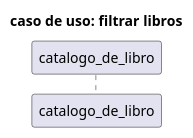
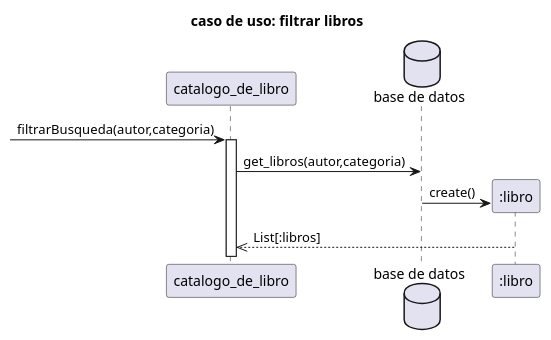
One commit to RubenE107/diagramas-de-dise-o-uml changed the diagram in Interacion3/FiltarBusLibrDeLibr.puml. Above: the diagram before and after it, drawn with PlantUML. The commit also changed 1 other file, not shown here.

Commit message:
filtrar busqueda

```diff
--- a/Interacion3/FiltarBusLibrDeLibr.puml
+++ b/Interacion3/FiltarBusLibrDeLibr.puml
@@ -1,7 +1,15 @@
 @startuml
 title caso de uso: filtrar libros
 
 participant "catalogo_de_libro" as c
+database "base de datos" as db
+
+->c:filtrarBusqueda(autor,categoria)
+activate c
+c->db:get_libros(autor,categoria)
+create ":libro" as l
+db->l:create()
+l-->>c:List[:libros]
 
 
 @enduml
```
